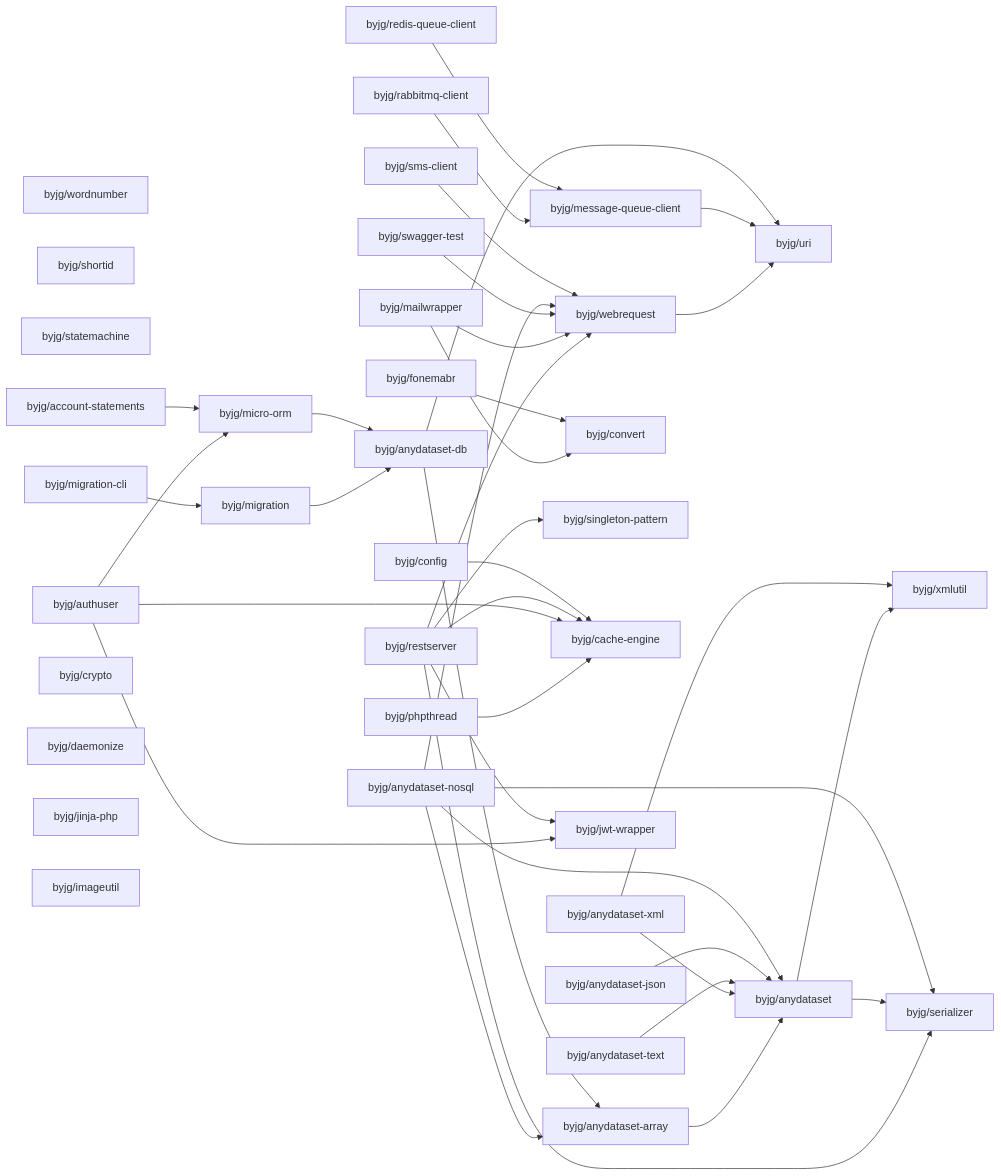
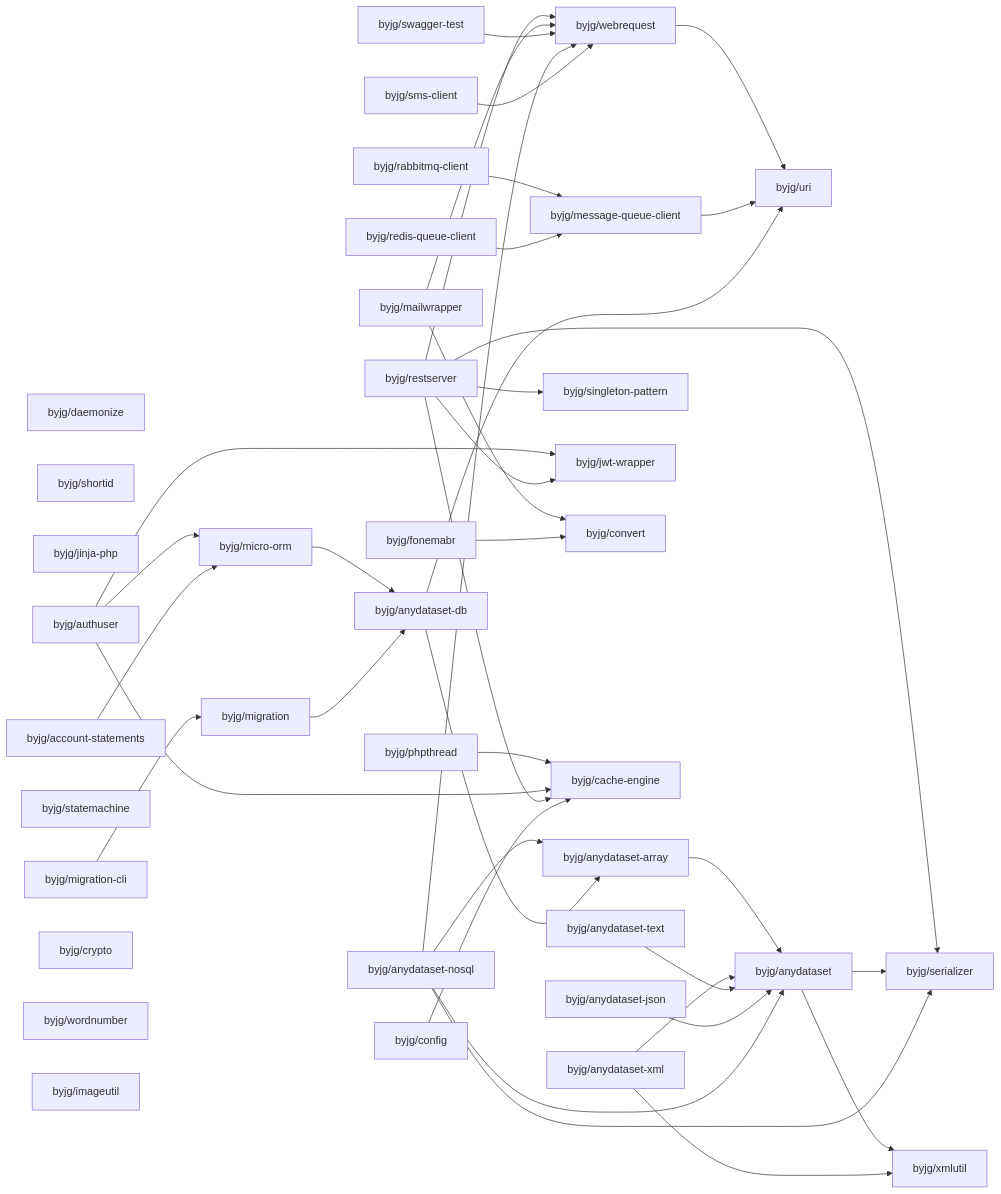
One commit to byjg/byjg.github.io changed the diagram in docs/php/README.md. Above: the diagram before and after it, drawn with Mermaid. The commit also changed other lines of this file and 13 other files, not shown here.

Commit message:
Update documentation 'php' 'php-micro-orm'

````diff
--- a/docs/php/README.md
+++ b/docs/php/README.md
@@ -3,76 +3,76 @@
 ```mermaid
 graph LR;
+  byjg/fonemabr;
+  byjg/config;
+  byjg/daemonize;
+  byjg/sms-client;
+  byjg/rabbitmq-client;
+  byjg/redis-queue-client;
+  byjg/restserver;
+  byjg/shortid;
+  byjg/anydataset-json;
+  byjg/anydataset-text;
+  byjg/jinja-php;
+  byjg/anydataset-xml;
+  byjg/authuser;
+  byjg/mailwrapper;
+  byjg/phpthread;
+  byjg/migration-cli;
+  byjg/statemachine;
+  byjg/anydataset-nosql;
+  byjg/account-statements;
   byjg/swagger-test;
-  byjg/fonemabr;
-  byjg/sms-client;
-  byjg/anydataset-xml;
-  byjg/config;
-  byjg/phpthread;
-  byjg/anydataset-nosql;
+  byjg/crypto;
   byjg/wordnumber;
-  byjg/shortid;
-  byjg/statemachine;
-  byjg/rabbitmq-client;
-  byjg/migration-cli;
-  byjg/mailwrapper;
-  byjg/authuser;
-  byjg/account-statements;
-  byjg/crypto;
-  byjg/anydataset-json;
-  byjg/daemonize;
-  byjg/jinja-php;
-  byjg/restserver;
-  byjg/anydataset-text;
   byjg/imageutil;
-  byjg/redis-queue-client;
+  byjg/message-queue-client;
+  byjg/singleton-pattern;
+  byjg/jwt-wrapper;
+  byjg/convert;
+  byjg/cache-engine;
   byjg/migration;
-  byjg/convert;
   byjg/micro-orm;
-  byjg/singleton-pattern;
-  byjg/cache-engine;
   byjg/webrequest;
-  byjg/jwt-wrapper;
-  byjg/message-queue-client;
   byjg/anydataset-db;
   byjg/anydataset-array;
   byjg/uri;
   byjg/anydataset;
   byjg/serializer;
   byjg/xmlutil;
   byjg/phpthread --> byjg/cache-engine;
+  byjg/micro-orm --> byjg/anydataset-db;
   byjg/authuser --> byjg/micro-orm;
   byjg/authuser --> byjg/cache-engine;
   byjg/authuser --> byjg/jwt-wrapper;
   byjg/anydataset-array --> byjg/anydataset;
   byjg/restserver --> byjg/serializer;
   byjg/restserver --> byjg/singleton-pattern;
   byjg/restserver --> byjg/cache-engine;
   byjg/restserver --> byjg/webrequest;
   byjg/restserver --> byjg/jwt-wrapper;
   byjg/mailwrapper --> byjg/convert;
   byjg/mailwrapper --> byjg/webrequest;
   byjg/swagger-test --> byjg/webrequest;
   byjg/migration --> byjg/anydataset-db;
   byjg/account-statements --> byjg/micro-orm;
   byjg/anydataset --> byjg/serializer;
   byjg/anydataset --> byjg/xmlutil;
   byjg/fonemabr --> byjg/convert;
   byjg/anydataset-xml --> byjg/anydataset;
   byjg/anydataset-xml --> byjg/xmlutil;
   byjg/webrequest --> byjg/uri;
   byjg/config --> byjg/cache-engine;
   byjg/migration-cli --> byjg/migration;
   byjg/anydataset-text --> byjg/anydataset;
-  byjg/micro-orm --> byjg/anydataset-db;
   byjg/message-queue-client --> byjg/uri;
   byjg/anydataset-json --> byjg/anydataset;
   byjg/anydataset-nosql --> byjg/anydataset;
   byjg/anydataset-nosql --> byjg/anydataset-array;
   byjg/anydataset-nosql --> byjg/serializer;
   byjg/anydataset-nosql --> byjg/webrequest;
   byjg/anydataset-db --> byjg/anydataset-array;
   byjg/anydataset-db --> byjg/uri;
   byjg/rabbitmq-client --> byjg/message-queue-client;
   byjg/redis-queue-client --> byjg/message-queue-client;
   byjg/sms-client --> byjg/webrequest;
 ```
````
